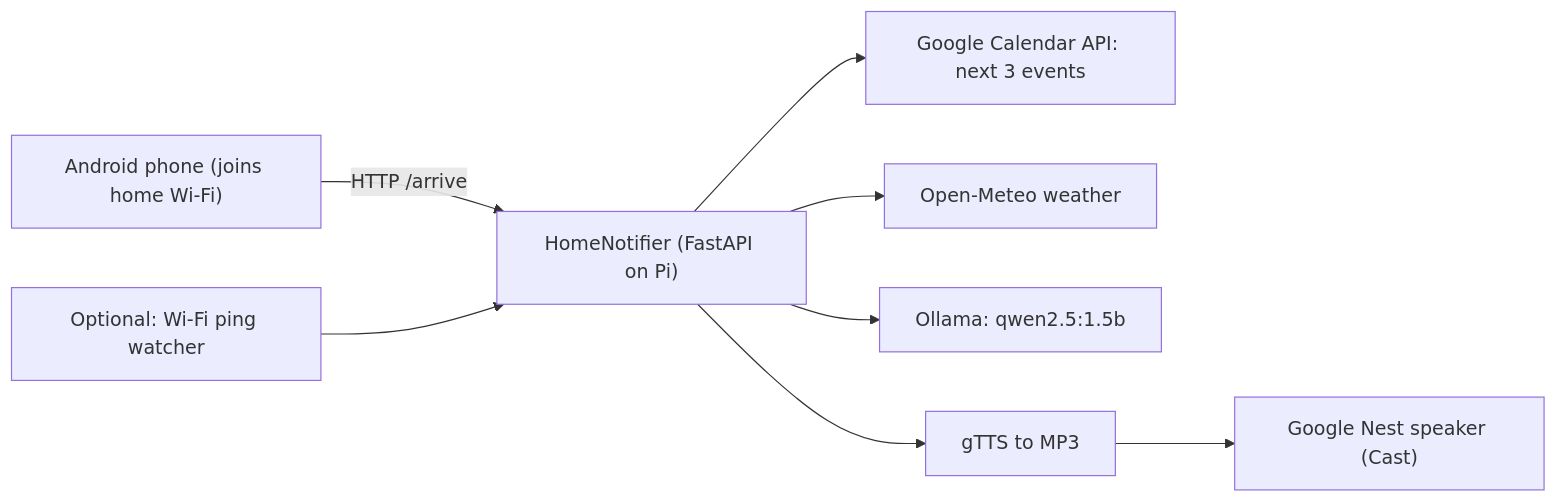
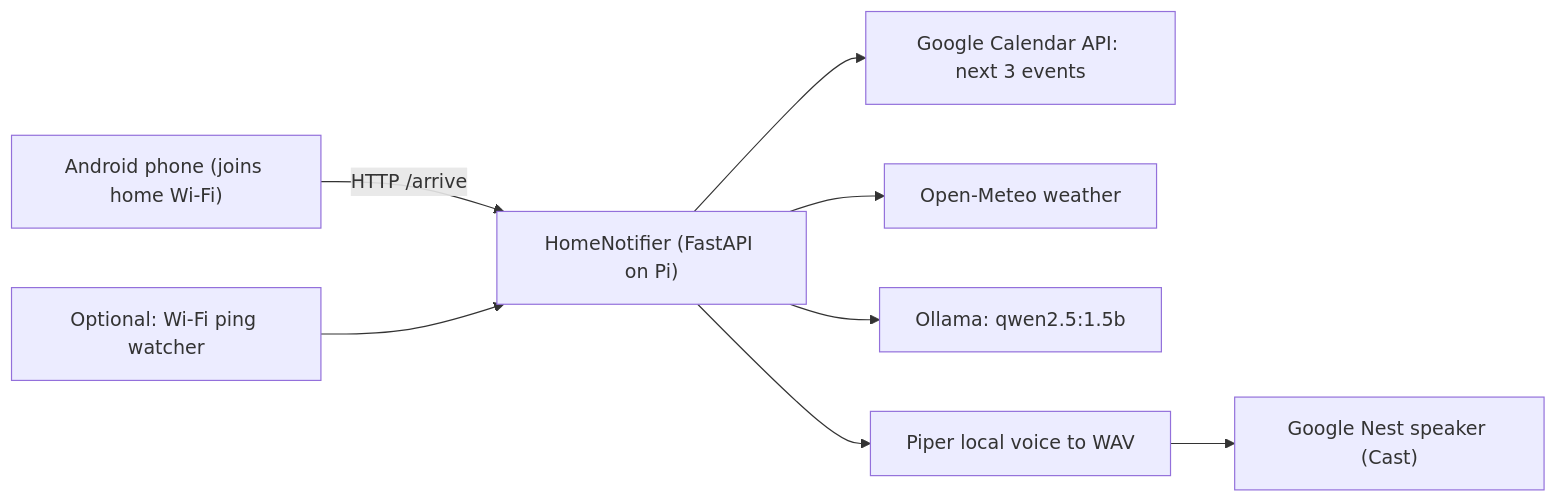
Before and after one commit to gilbo123/HomeNotifier: the diagram in README.md, drawn with Mermaid. The commit also changed other lines of this file and 11 other files, not shown here.

````diff
--- a/README.md
+++ b/README.md
@@ -10,10 +12,10 @@
 ```mermaid
 flowchart LR
     phone["Android phone (joins home Wi-Fi)"] -- "HTTP /arrive" --> server
     ping["Optional: Wi-Fi ping watcher"] --> server
     server["HomeNotifier (FastAPI on Pi)"] --> cal["Google Calendar API: next 3 events"]
     server --> wx["Open-Meteo weather"]
     server --> llm["Ollama: qwen2.5:1.5b"]
-    server --> tts["gTTS to MP3"]
+    server --> tts["Piper local voice to WAV"]
     tts --> speaker["Google Nest speaker (Cast)"]
 ```
````
